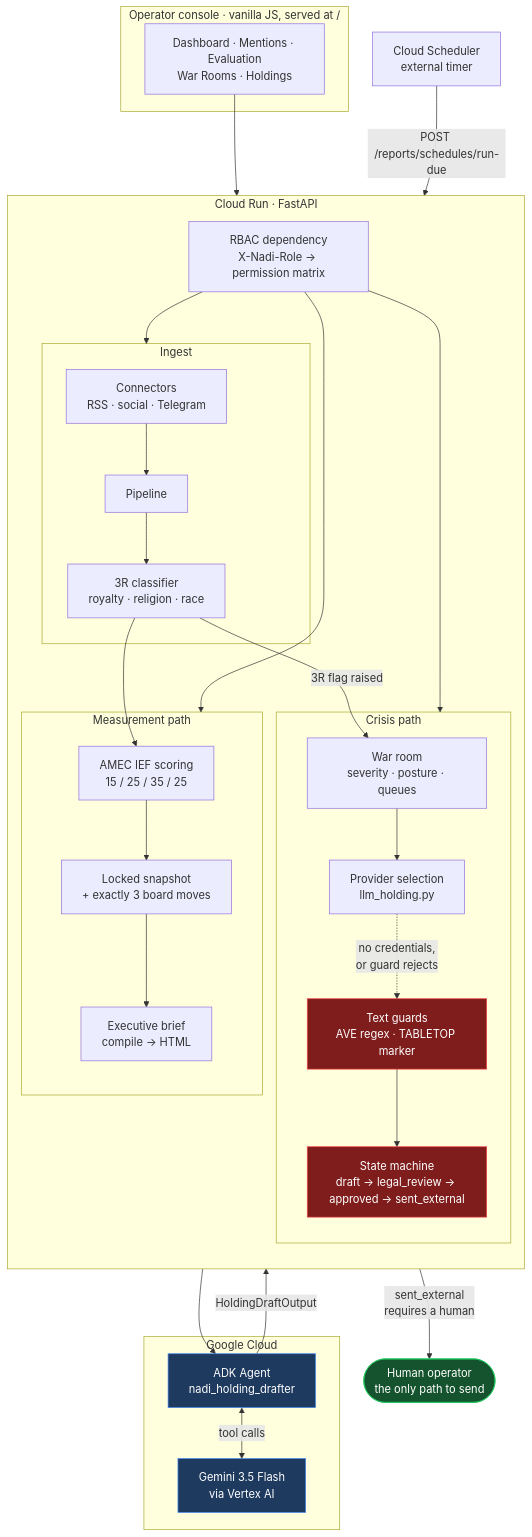
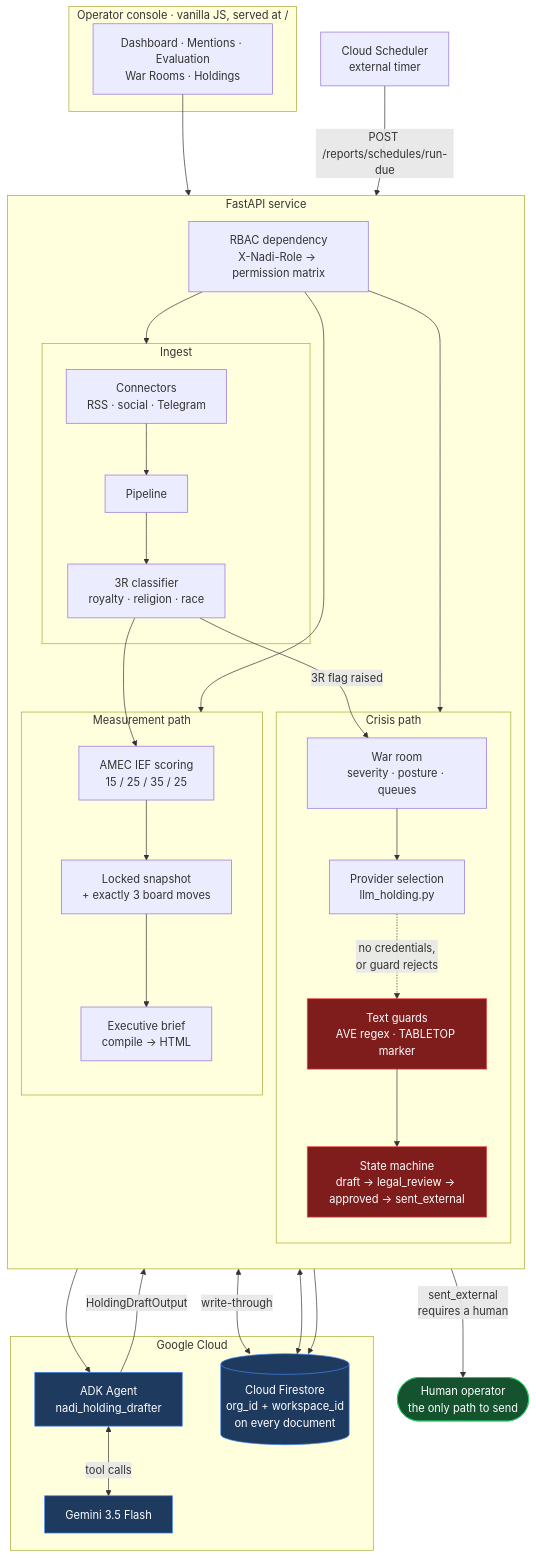
Before and after one commit to khaliffhaned-dot/the-escalate: the first of 2 diagrams in docs/architecture.md, drawn with Mermaid. The commit also changed other lines of this file and 3 other files, not shown here.

````diff
--- a/docs/architecture.md
+++ b/docs/architecture.md
@@ -9,60 +9,64 @@
 ```mermaid
 flowchart TB
     subgraph client["Operator console · vanilla JS, served at /"]
         UI["Dashboard · Mentions · Evaluation<br/>War Rooms · Holdings"]
     end
 
-    subgraph run["Cloud Run · FastAPI"]
+    subgraph run["FastAPI service"]
         direction TB
         RBAC["RBAC dependency<br/>X-Nadi-Role → permission matrix"]
 
         subgraph ingest["Ingest"]
             CONN["Connectors<br/>RSS · social · Telegram"]
             PIPE["Pipeline"]
             CLS["3R classifier<br/>royalty · religion · race"]
         end
 
         subgraph crisis["Crisis path"]
             WR["War room<br/>severity · posture · queues"]
             SEL["Provider selection<br/>llm_holding.py"]
             GUARD["Text guards<br/>AVE regex · TABLETOP marker"]
             SM["State machine<br/>draft → legal_review → approved → sent_external"]
         end
 
         subgraph measure["Measurement path"]
             EVAL["AMEC IEF scoring<br/>15 / 25 / 35 / 25"]
             SNAP["Locked snapshot<br/>+ exactly 3 board moves"]
             REP["Executive brief<br/>compile → HTML"]
         end
     end
 
     subgraph google["Google Cloud"]
         ADK["ADK Agent<br/>nadi_holding_drafter"]
-        GEM["Gemini 3.5 Flash<br/>via Vertex AI"]
+        GEM["Gemini 3.5 Flash"]
+        FS[("Cloud Firestore<br/>org_id + workspace_id<br/>on every document")]
     end
 
     HUMAN(["Human operator<br/>the only path to send"])
     CS["Cloud Scheduler<br/>external timer"]
 
     UI --> RBAC
     RBAC --> ingest & crisis & measure
     CONN --> PIPE --> CLS
     CLS -->|"3R flag raised"| WR
     CLS --> EVAL
     WR --> SEL
     SEL --> ADK
     ADK <-->|"tool calls"| GEM
     ADK -->|"HoldingDraftOutput"| GUARD
     SEL -.->|"no credentials,<br/>or guard rejects"| GUARD
     GUARD --> SM
     SM -->|"sent_external<br/>requires a human"| HUMAN
     EVAL --> SNAP --> REP
     CS -->|"POST /reports/schedules/run-due"| REP
+    SM <-->|"write-through"| FS
+    WR <--> FS
+    SNAP --> FS
 
     classDef guard fill:#7f1d1d,stroke:#ef4444,color:#fff
     classDef gcp fill:#1e3a5f,stroke:#4285f4,color:#fff
     classDef human fill:#14532d,stroke:#22c55e,color:#fff
     class GUARD,SM guard
-    class ADK,GEM gcp
+    class ADK,GEM,FS gcp
     class HUMAN human
 ```
````
